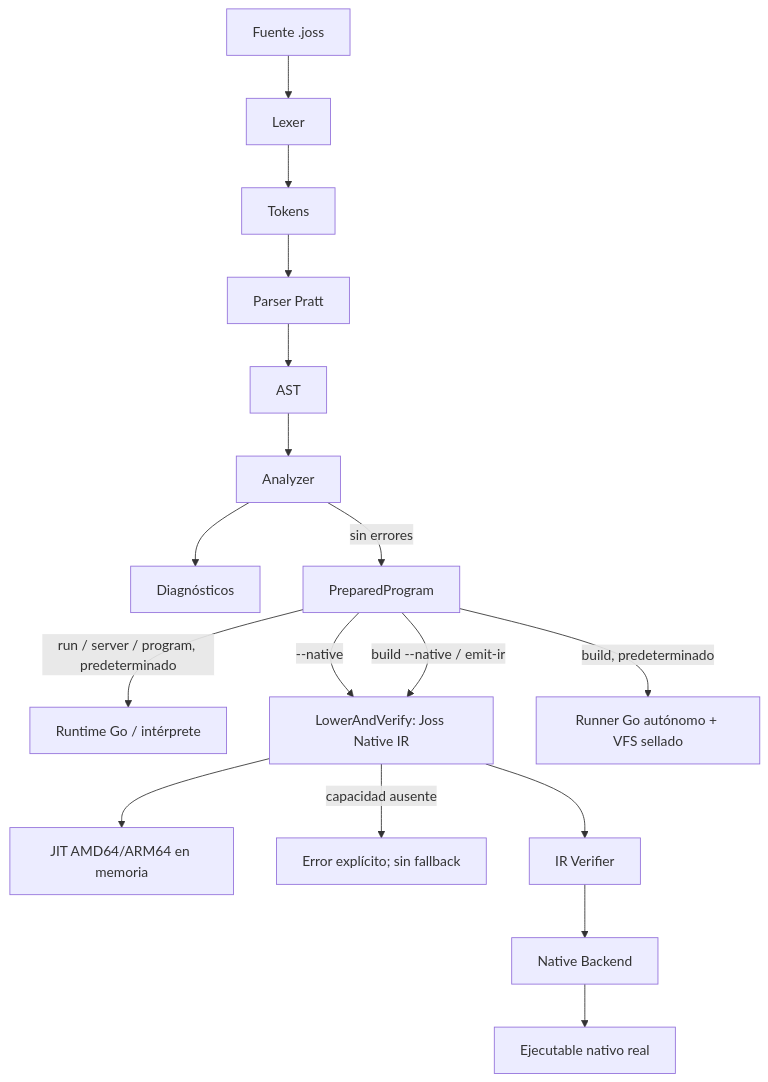
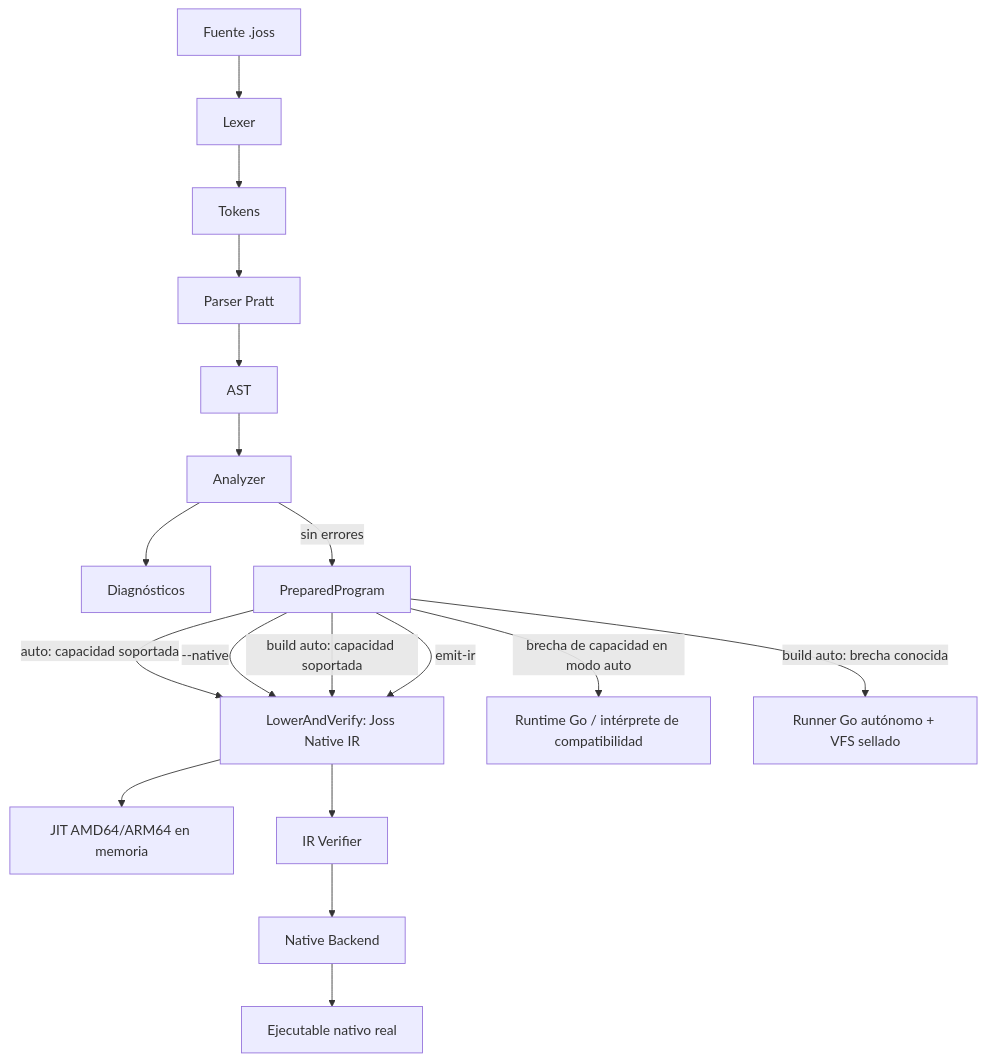
Before and after one commit to joss-language/Joss-Programming-Language: the diagram in docs/ARQUITECTURA.md, drawn with Mermaid. The commit also changed other lines of this file and 17 other files, not shown here.

First line of the commit message:
feat: Enhance native backend and HTTP server integration

````diff
--- a/docs/ARQUITECTURA.md
+++ b/docs/ARQUITECTURA.md
@@ -23,19 +23,20 @@
 ```mermaid
 flowchart TD
     S["Fuente .joss"] --> L["Lexer"]
     L --> T["Tokens"]
     T --> P["Parser Pratt"]
     P --> A["AST"]
     A --> N["Analyzer"]
     N --> D["Diagnósticos"]
     N -->|sin errores| PP["PreparedProgram"]
-    PP -->|run / server / program, predeterminado| GO["Runtime Go / intérprete"]
-    PP -->|--native| IR["LowerAndVerify: Joss Native IR"]
+    PP -->|auto: capacidad soportada| IR["LowerAndVerify: Joss Native IR"]
     IR --> JIT["JIT AMD64/ARM64 en memoria"]
-    IR -->|capacidad ausente| E["Error explícito; sin fallback"]
-    PP -->|build, predeterminado| RUNNER["Runner Go autónomo + VFS sellado"]
-    PP -->|build --native / emit-ir| IR
+    PP -->|brecha de capacidad en modo auto| GO["Runtime Go / intérprete de compatibilidad"]
+    PP -->|--native| IR
+    PP -->|build auto: capacidad soportada| IR
+    PP -->|build auto: brecha conocida| RUNNER["Runner Go autónomo + VFS sellado"]
+    PP -->|emit-ir| IR
     IR --> V["IR Verifier"]
     V --> NB["Native Backend"]
     NB --> EXE["Ejecutable nativo real"]
 ```
````
